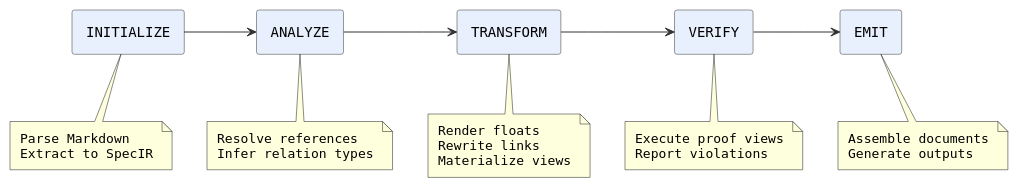
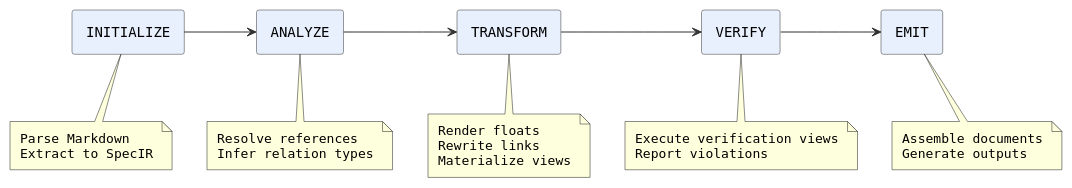
The first of 2 diagrams in docs/user_docs/manual.md (SpecIR/SpecCompiler), drawn with PlantUML before and after one commit. The commit also changed other lines of this file and 19 other files, not shown here.

````diff
--- a/docs/user_docs/manual.md
+++ b/docs/user_docs/manual.md
@@ -61,46 +61,46 @@
 ```plantuml:diag-pipeline{caption="Processing Pipeline"}
 @startuml
 skinparam backgroundColor transparent
 skinparam defaultFontName monospaced
 skinparam padding 4
 skinparam ArrowColor #333333
 skinparam RectangleBorderColor #333333
 
 rectangle "INITIALIZE" as init #E8F0FE
 rectangle "ANALYZE" as analyze #E8F0FE
 rectangle "TRANSFORM" as transform #E8F0FE
 rectangle "VERIFY" as verify #E8F0FE
 rectangle "EMIT" as emit #E8F0FE
 
 init -right-> analyze
 analyze -right-> transform
 transform -right-> verify
 verify -right-> emit
 
 note bottom of init
   Parse Markdown
   Extract to SpecIR
 end note
 
 note bottom of analyze
   Resolve references
   Infer relation types
 end note
 
 note bottom of transform
   Render floats
   Rewrite links
   Materialize views
 end note
 
 note bottom of verify
-  Execute proof views
+  Execute verification views
   Report violations
 end note
 
 note bottom of emit
   Assemble documents
   Generate outputs
 end note
 @enduml
 ```
````
